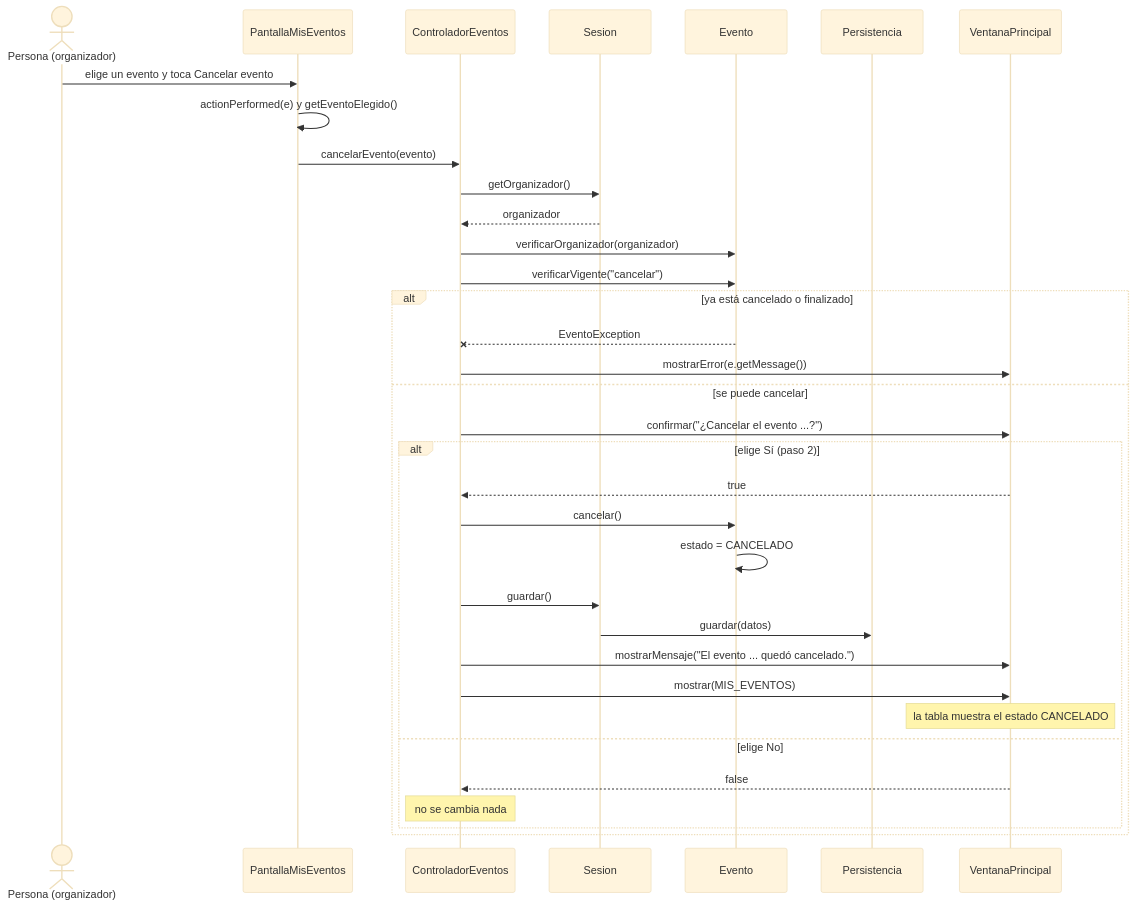
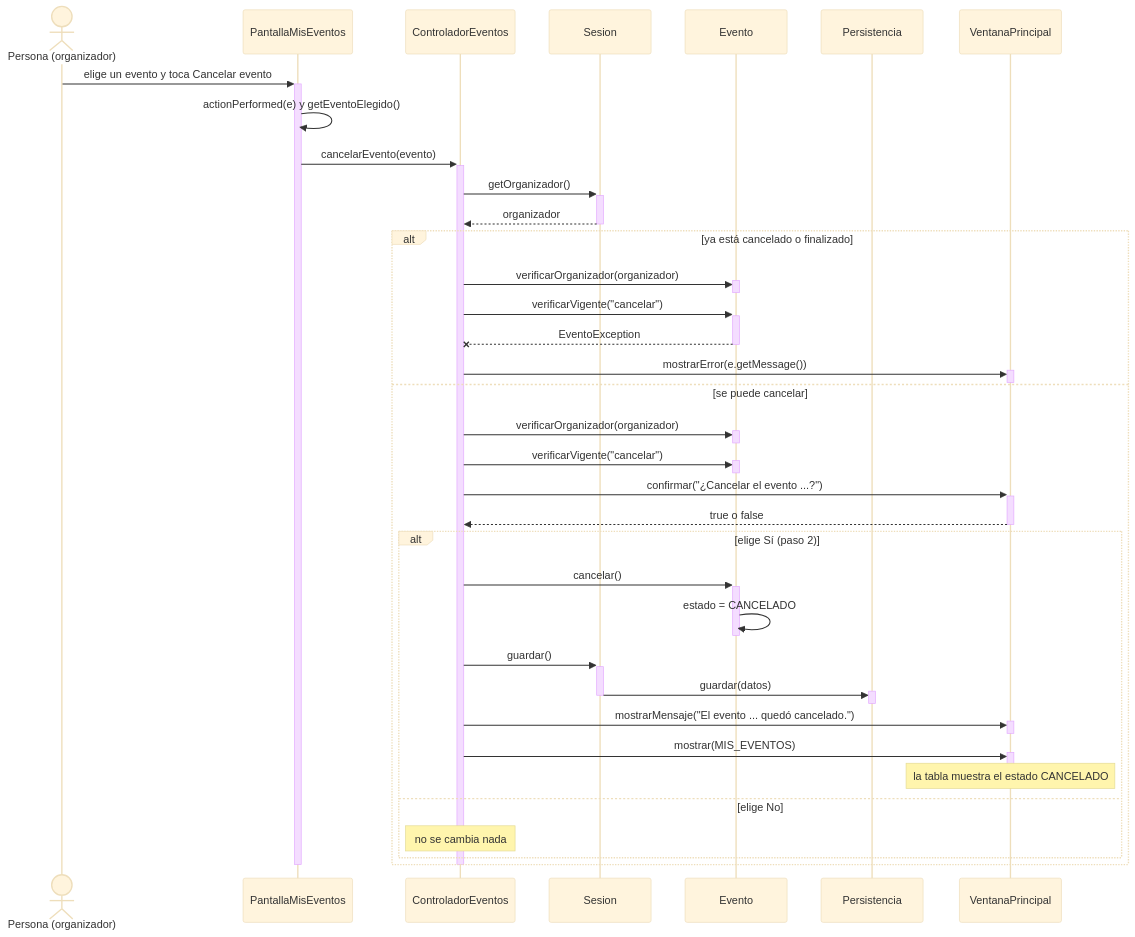
Before and after one commit to AgustinSimonenco/gestion-eventos-musicales: the diagram in docs/diseno/secuencias/CU05-cancelar-evento.md, drawn with Mermaid (base theme). The commit also changed 12 other files, not shown here.

First line of the commit message:
Agregar barras de activación a todos los diagramas de secuencia

````diff
--- a/docs/diseno/secuencias/CU05-cancelar-evento.md
+++ b/docs/diseno/secuencias/CU05-cancelar-evento.md
@@ -9,37 +9,49 @@
 ```mermaid
 sequenceDiagram
     actor O as Persona (organizador)
     participant P as PantallaMisEventos
     participant C as ControladorEventos
     participant S as Sesion
     participant E as Evento
     participant PE as Persistencia
     participant V as VentanaPrincipal
 
-    O->>P: elige un evento y toca Cancelar evento
+    O->>+P: elige un evento y toca Cancelar evento
     P->>P: actionPerformed(e) y getEventoElegido()
-    P->>C: cancelarEvento(evento)
-    C->>S: getOrganizador()
-    S-->>C: organizador
-    C->>E: verificarOrganizador(organizador)
-    C->>E: verificarVigente("cancelar")
+    P->>+C: cancelarEvento(evento)
+    C->>+S: getOrganizador()
+    S-->>-C: organizador
     alt ya está cancelado o finalizado
-        E--xC: EventoException
-        C->>V: mostrarError(e.getMessage())
+        C->>+E: verificarOrganizador(organizador)
+        deactivate E
+        C->>+E: verificarVigente("cancelar")
+        E--x-C: EventoException
+        C->>+V: mostrarError(e.getMessage())
+        deactivate V
     else se puede cancelar
-        C->>V: confirmar("¿Cancelar el evento ...?")
+        C->>+E: verificarOrganizador(organizador)
+        deactivate E
+        C->>+E: verificarVigente("cancelar")
+        deactivate E
+        C->>+V: confirmar("¿Cancelar el evento ...?")
+        V-->>-C: true o false
         alt elige Sí (paso 2)
-            V-->>C: true
-            C->>E: cancelar()
+            C->>+E: cancelar()
             E->>E: estado = CANCELADO
-            C->>S: guardar()
-            S->>PE: guardar(datos)
-            C->>V: mostrarMensaje("El evento ... quedó cancelado.")
-            C->>V: mostrar(MIS_EVENTOS)
+            deactivate E
+            C->>+S: guardar()
+            S->>+PE: guardar(datos)
+            deactivate PE
+            deactivate S
+            C->>+V: mostrarMensaje("El evento ... quedó cancelado.")
+            deactivate V
+            C->>+V: mostrar(MIS_EVENTOS)
+            deactivate V
             Note over V: la tabla muestra el estado CANCELADO
         else elige No
-            V-->>C: false
             Note over C: no se cambia nada
         end
     end
+    deactivate C
+    deactivate P
 ```
````
